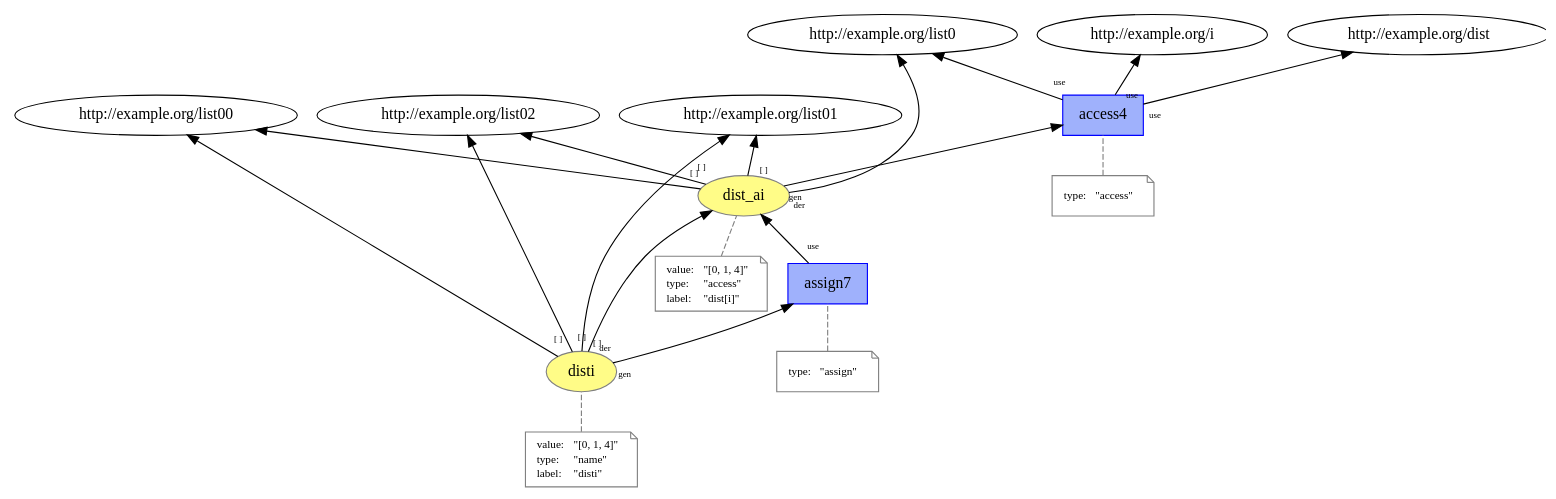
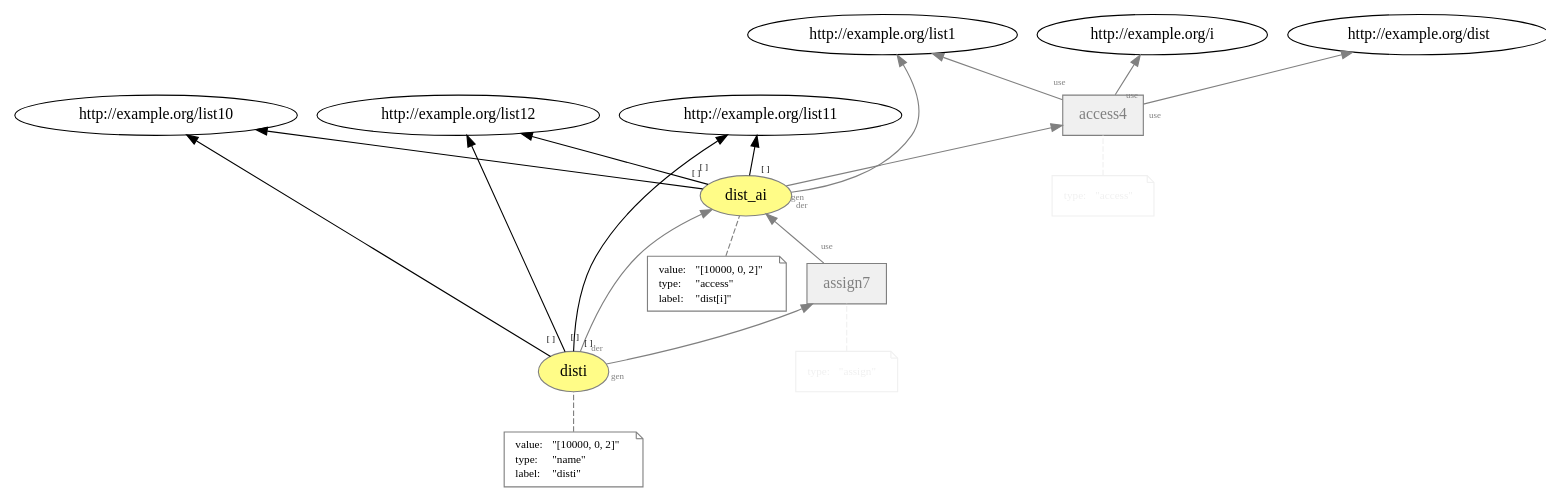
One commit to dew-uff/versioned-prov changed the diagram in images/plain_prov/temp/L12__access__assign.dot. Above: the diagram before and after it, drawn with Graphviz. The commit also changed 390 other files, not shown here.

```diff
--- a/images/plain_prov/temp/L12__access__assign.dot
+++ b/images/plain_prov/temp/L12__access__assign.dot
@@ -1,64 +1,64 @@
 digraph "PROV" { size="16,12"; rankdir="BT";
 "http://example.org/dist_ai" [fillcolor="#FFFC87",color="#808080",style="filled",label="dist_ai",URL="http://example.org/dist_ai"]
 "-attrs0" [color="gray",shape="note",fontsize="10",fontcolor="black",label=<<TABLE cellpadding="0" border="0">
 	<TR>
 	    <TD align="left">value:</TD>
-	    <TD align="left">&quot;[0, 1, 4]&quot;</TD>
+	    <TD align="left">&quot;[10000, 0, 2]&quot;</TD>
 	</TR>
 	<TR>
 	    <TD align="left">type:</TD>
 	    <TD align="left">&quot;access&quot;</TD>
 	</TR>
 	<TR>
 	    <TD align="left">label:</TD>
 	    <TD align="left">&quot;dist[i]&quot;</TD>
 	</TR>
 </TABLE>>]
 "-attrs0" -> "http://example.org/dist_ai" [color="gray",style="dashed",arrowhead="none"]
-"http://example.org/dist_ai" -> "http://example.org/list00" [labelfontsize="8",labeldistance="1.5",labelangle="60.0",rotation="20",taillabel="[ ]"]
-"http://example.org/dist_ai" -> "http://example.org/list01" [labelfontsize="8",labeldistance="1.5",labelangle="60.0",rotation="20",taillabel="[ ]"]
-"http://example.org/dist_ai" -> "http://example.org/list02" [labelfontsize="8",labeldistance="1.5",labelangle="60.0",rotation="20",taillabel="[ ]"]
-"http://example.org/access4" [fillcolor="#9FB1FC",color="#0000FF",shape="polygon",sides="4",style="filled",label="access4",URL="http://example.org/access4"]
-"-attrs1" [color="gray",shape="note",fontsize="10",fontcolor="black",label=<<TABLE cellpadding="0" border="0">
+"http://example.org/dist_ai" -> "http://example.org/list10" [labelfontsize="8",labeldistance="1.5",color="black",labelangle="60.0",rotation="20",taillabel="[ ]"]
+"http://example.org/dist_ai" -> "http://example.org/list11" [labelfontsize="8",labeldistance="1.5",color="black",labelangle="60.0",rotation="20",taillabel="[ ]"]
+"http://example.org/dist_ai" -> "http://example.org/list12" [labelfontsize="8",labeldistance="1.5",color="black",labelangle="60.0",rotation="20",taillabel="[ ]"]
+"http://example.org/access4" [fillcolor="#F0F0F0",color="gray",shape="polygon",sides="4",style="filled",label="access4",URL="http://example.org/access4",fontcolor="gray"]
+"-attrs1" [color="#F0F0F0",shape="note",fontsize="10",fontcolor="black",label=<<TABLE cellpadding="0" border="0">
 	<TR>
-	    <TD align="left">type:</TD>
-	    <TD align="left">&quot;access&quot;</TD>
+	    <TD align="left"><font color="#F0F0F0">type:</font></TD>
+	    <TD align="left"><font color="#F0F0F0">&quot;access&quot;</font></TD>
 	</TR>
 </TABLE>>]
-"-attrs1" -> "http://example.org/access4" [color="gray",style="dashed",arrowhead="none"]
-"http://example.org/access4" -> "http://example.org/list0" [labelfontsize="8",labeldistance="1.5",labelangle="60.0",rotation="20",taillabel="use"]
-"http://example.org/dist_ai" -> "http://example.org/list0" [labelfontsize="8",labeldistance="1.5",labelangle="60.0",rotation="20",taillabel="der"]
-"http://example.org/dist_ai" -> "http://example.org/access4" [labelfontsize="8",labeldistance="1.5",labelangle="60.0",rotation="20",taillabel="gen"]
-"http://example.org/access4" -> "http://example.org/dist" [labelfontsize="8",labeldistance="1.5",labelangle="60.0",rotation="20",taillabel="use"]
-"http://example.org/access4" -> "http://example.org/i" [labelfontsize="8",labeldistance="1.5",labelangle="60.0",rotation="20",taillabel="use"]
+"-attrs1" -> "http://example.org/access4" [color="#F0F0F0",style="dashed",arrowhead="none"]
+"http://example.org/access4" -> "http://example.org/list1" [labelfontsize="8",labeldistance="1.5",color="gray",labelangle="60.0",rotation="20",taillabel="use",fontcolor="gray"]
+"http://example.org/dist_ai" -> "http://example.org/list1" [labelfontsize="8",labeldistance="1.5",color="gray",labelangle="60.0",rotation="20",taillabel="der",fontcolor="gray"]
+"http://example.org/dist_ai" -> "http://example.org/access4" [labelfontsize="8",labeldistance="1.5",color="gray",labelangle="60.0",rotation="20",taillabel="gen",fontcolor="gray"]
+"http://example.org/access4" -> "http://example.org/dist" [labelfontsize="8",labeldistance="1.5",color="gray",labelangle="60.0",rotation="20",taillabel="use",fontcolor="gray"]
+"http://example.org/access4" -> "http://example.org/i" [labelfontsize="8",labeldistance="1.5",color="gray",labelangle="60.0",rotation="20",taillabel="use",fontcolor="gray"]
 "http://example.org/disti" [fillcolor="#FFFC87",color="#808080",style="filled",label="disti",URL="http://example.org/disti"]
 "-attrs2" [color="gray",shape="note",fontsize="10",fontcolor="black",label=<<TABLE cellpadding="0" border="0">
 	<TR>
 	    <TD align="left">value:</TD>
-	    <TD align="left">&quot;[0, 1, 4]&quot;</TD>
+	    <TD align="left">&quot;[10000, 0, 2]&quot;</TD>
 	</TR>
 	<TR>
 	    <TD align="left">type:</TD>
 	    <TD align="left">&quot;name&quot;</TD>
 	</TR>
 	<TR>
 	    <TD align="left">label:</TD>
 	    <TD align="left">&quot;disti&quot;</TD>
 	</TR>
 </TABLE>>]
 "-attrs2" -> "http://example.org/disti" [color="gray",style="dashed",arrowhead="none"]
-"http://example.org/disti" -> "http://example.org/list00" [labelfontsize="8",labeldistance="1.5",labelangle="60.0",rotation="20",taillabel="[ ]"]
-"http://example.org/disti" -> "http://example.org/list01" [labelfontsize="8",labeldistance="1.5",labelangle="60.0",rotation="20",taillabel="[ ]"]
-"http://example.org/disti" -> "http://example.org/list02" [labelfontsize="8",labeldistance="1.5",labelangle="60.0",rotation="20",taillabel="[ ]"]
-"http://example.org/assign7" [fillcolor="#9FB1FC",color="#0000FF",shape="polygon",sides="4",style="filled",label="assign7",URL="http://example.org/assign7"]
-"-attrs3" [color="gray",shape="note",fontsize="10",fontcolor="black",label=<<TABLE cellpadding="0" border="0">
+"http://example.org/disti" -> "http://example.org/list10" [labelfontsize="8",labeldistance="1.5",color="black",labelangle="60.0",rotation="20",taillabel="[ ]"]
+"http://example.org/disti" -> "http://example.org/list11" [labelfontsize="8",labeldistance="1.5",color="black",labelangle="60.0",rotation="20",taillabel="[ ]"]
+"http://example.org/disti" -> "http://example.org/list12" [labelfontsize="8",labeldistance="1.5",color="black",labelangle="60.0",rotation="20",taillabel="[ ]"]
+"http://example.org/assign7" [fillcolor="#F0F0F0",color="gray",shape="polygon",sides="4",style="filled",label="assign7",URL="http://example.org/assign7",fontcolor="gray"]
+"-attrs3" [color="#F0F0F0",shape="note",fontsize="10",fontcolor="black",label=<<TABLE cellpadding="0" border="0">
 	<TR>
-	    <TD align="left">type:</TD>
-	    <TD align="left">&quot;assign&quot;</TD>
+	    <TD align="left"><font color="#F0F0F0">type:</font></TD>
+	    <TD align="left"><font color="#F0F0F0">&quot;assign&quot;</font></TD>
 	</TR>
 </TABLE>>]
-"-attrs3" -> "http://example.org/assign7" [color="gray",style="dashed",arrowhead="none"]
-"http://example.org/assign7" -> "http://example.org/dist_ai" [labelfontsize="8",labeldistance="1.5",labelangle="60.0",rotation="20",taillabel="use"]
-"http://example.org/disti" -> "http://example.org/dist_ai" [labelfontsize="8",labeldistance="1.5",labelangle="60.0",rotation="20",taillabel="der"]
-"http://example.org/disti" -> "http://example.org/assign7" [labelfontsize="8",labeldistance="1.5",labelangle="60.0",rotation="20",taillabel="gen"]
+"-attrs3" -> "http://example.org/assign7" [color="#F0F0F0",style="dashed",arrowhead="none"]
+"http://example.org/assign7" -> "http://example.org/dist_ai" [labelfontsize="8",labeldistance="1.5",color="gray",labelangle="60.0",rotation="20",taillabel="use",fontcolor="gray"]
+"http://example.org/disti" -> "http://example.org/dist_ai" [labelfontsize="8",labeldistance="1.5",color="gray",labelangle="60.0",rotation="20",taillabel="der",fontcolor="gray"]
+"http://example.org/disti" -> "http://example.org/assign7" [labelfontsize="8",labeldistance="1.5",color="gray",labelangle="60.0",rotation="20",taillabel="gen",fontcolor="gray"]
 }
```
